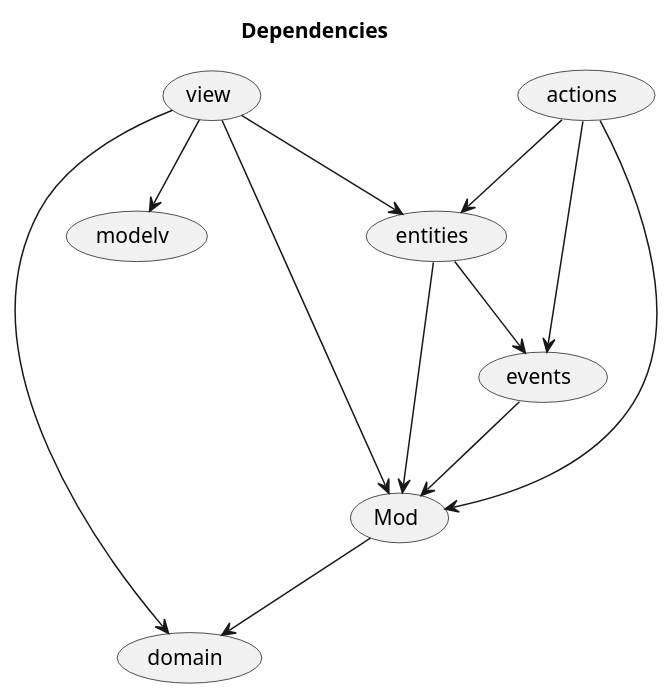
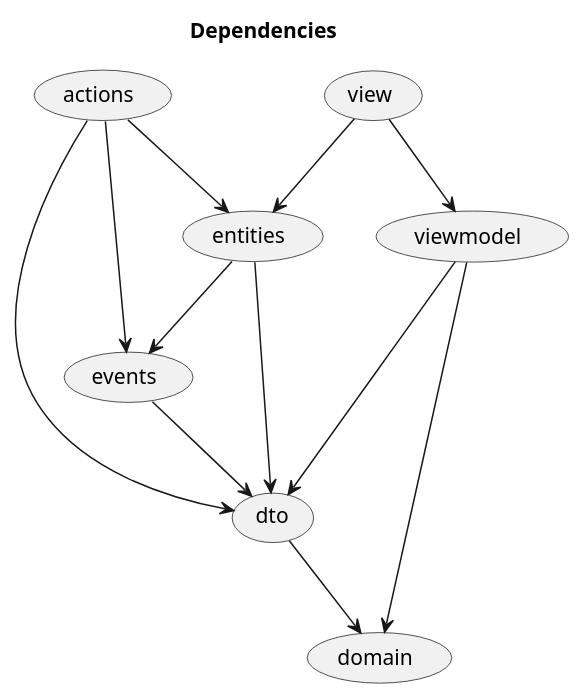
One commit to max8github/rez changed the diagram in facility/docs/dependencies.puml. Above: the diagram before and after it, drawn with PlantUML. The commit also changed 23 other files, not shown here.

```diff
--- a/facility/docs/dependencies.puml
+++ b/facility/docs/dependencies.puml
@@ -1,16 +1,16 @@
 @startuml
 skinparam actorStyle hollow
 
 title Dependencies
-(view) --> (Mod)
-(view) --> (domain)
+(viewmodel) --> (dto)
+(viewmodel) --> (domain)
 (view) --> (entities)
-(view) --> (modelv)
+(view) --> (viewmodel)
 (actions) --> (entities)
 (actions) --> (events)
-(actions) --> (Mod)
+(actions) --> (dto)
 (entities) --> (events)
-(entities) --> (Mod)
-(events) --> (Mod)
-(Mod) --> (domain)
+(entities) --> (dto)
+(events) --> (dto)
+(dto) --> (domain)
 @enduml
```
